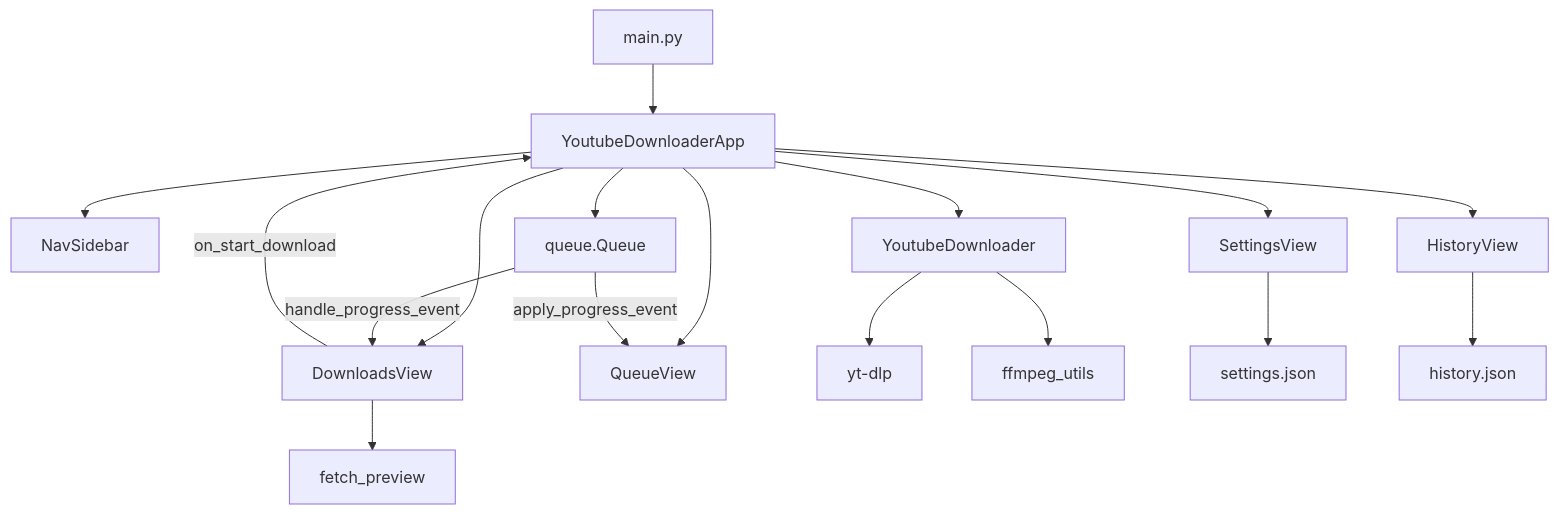
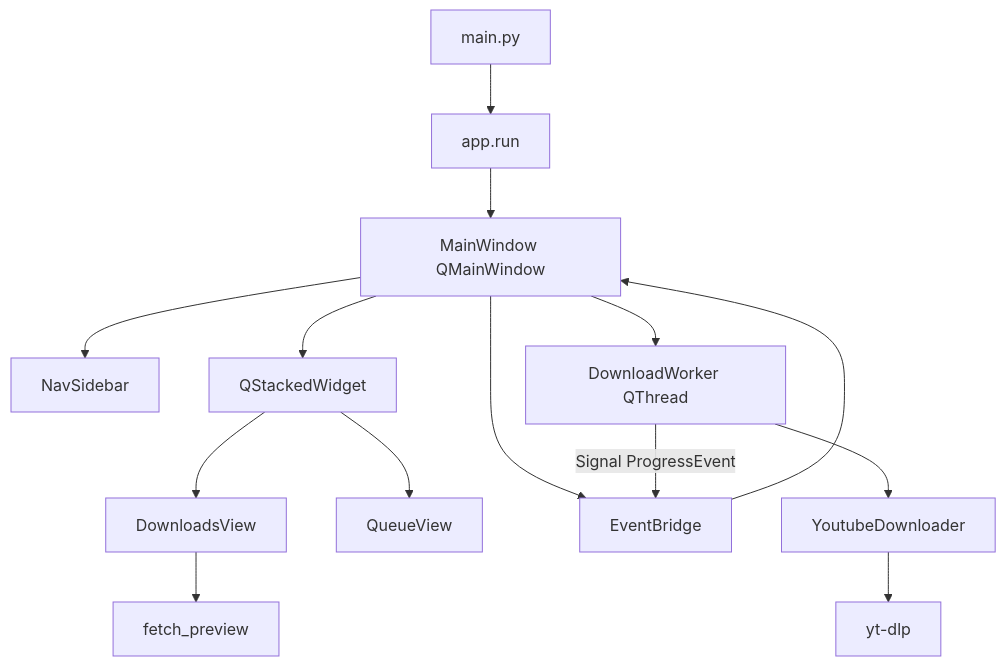
One commit to PauloParente/youtube-downloader changed the diagram in AGENTS.md. Above: the diagram before and after it, drawn with Mermaid. The commit also changed other lines of this file and 42 other files, not shown here.

````diff
--- a/AGENTS.md
+++ b/AGENTS.md
@@ -64,19 +67,16 @@
 ```mermaid
 flowchart TB
-  main[main.py] --> app[YoutubeDownloaderApp]
-  app --> nav[NavSidebar]
-  app --> settings[SettingsView]
-  app --> history[HistoryView]
-  app --> downloads[DownloadsView]
-  app --> queueView[QueueView]
-  app --> eventQ[queue.Queue]
-  app --> dl[YoutubeDownloader]
+  main[main.py] --> run[app.run]
+  run --> mw[MainWindow QMainWindow]
+  mw --> nav[NavSidebar]
+  mw --> stack[QStackedWidget]
+  stack --> downloads[DownloadsView]
+  stack --> queueView[QueueView]
+  mw --> bridge[EventBridge]
+  mw --> worker[DownloadWorker QThread]
+  worker -->|Signal ProgressEvent| bridge
+  bridge --> mw
+  worker --> dl[YoutubeDownloader]
   downloads --> meta[fetch_preview]
-  downloads -->|"on_start_download"| app
-  eventQ -->|"handle_progress_event"| downloads
-  eventQ -->|"apply_progress_event"| queueView
   dl --> ytdlp[yt-dlp]
-  dl --> ffmpeg[ffmpeg_utils]
-  settings --> settFile[settings.json]
-  history --> histFile[history.json]
 ```
````
